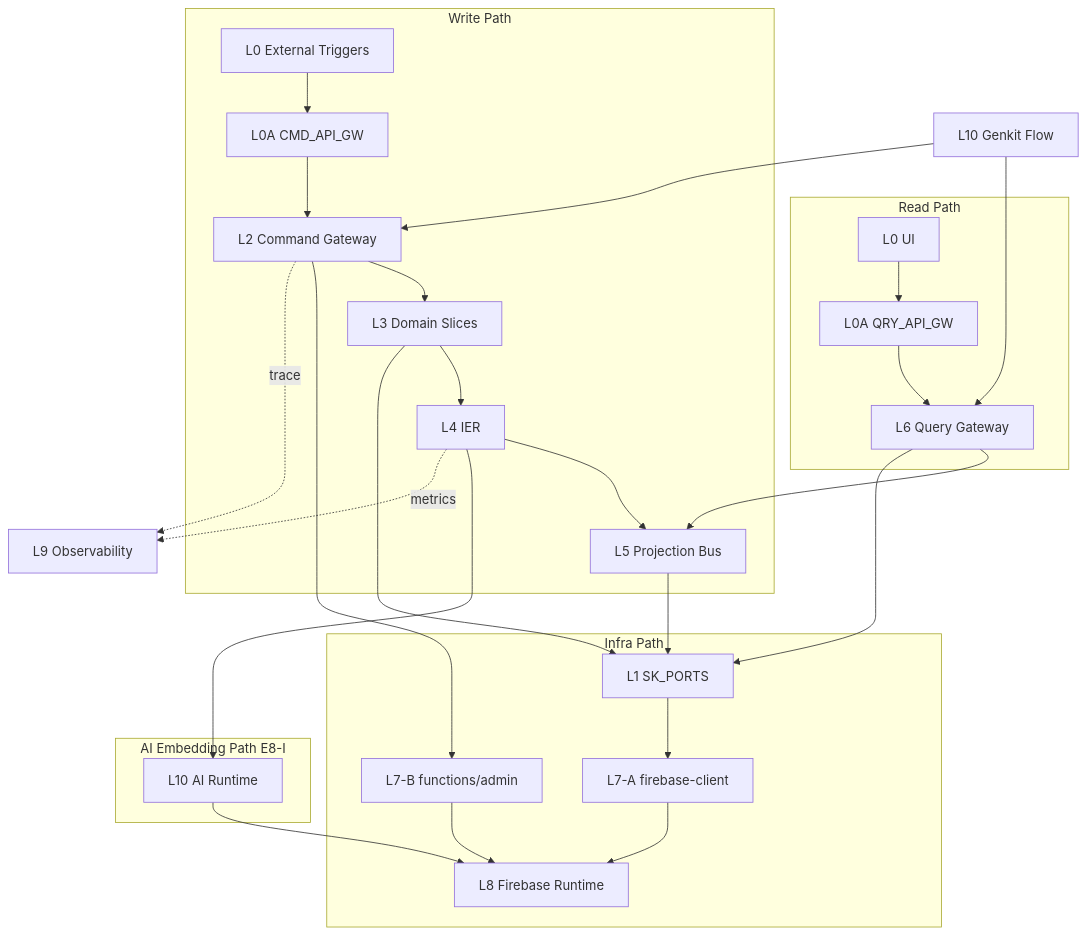
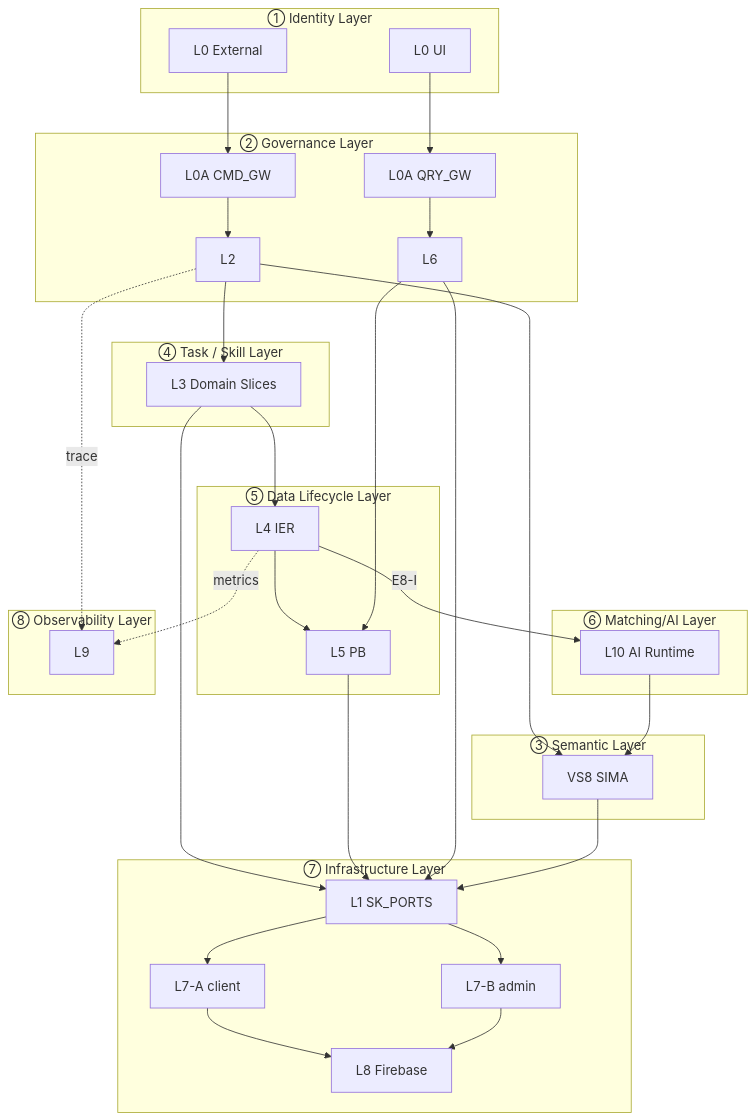
The third of 3 diagrams in docs/architecture/01-logical-flow.md (7Spade/Xuanwu), drawn with Mermaid before and after one commit. The commit also changed other lines of this file and 3 other files, not shown here.

Commit message:
docs(arch): realign 00-03 Mermaid diagrams with VS8 8-layer architecture system

````diff
--- a/docs/architecture/01-logical-flow.md
+++ b/docs/architecture/01-logical-flow.md
@@ -192,36 +192,52 @@
 ```mermaid
 flowchart TD
-    subgraph WritePath[Write Path]
-        EXT[L0 External Triggers] --> CMD[L0A CMD_API_GW]
-        CMD --> CBG[L2 Command Gateway]
-        CBG --> DOM[L3 Domain Slices]
-        DOM --> IER[L4 IER]
-        IER --> PB[L5 Projection Bus]
+    subgraph IDL["① Identity Layer"]
+        EXT[L0 External]
+        UI[L0 UI]
     end
 
-    subgraph ReadPath[Read Path]
-        UI[L0 UI] --> QRY[L0A QRY_API_GW]
-        QRY --> QG[L6 Query Gateway]
-        QG --> PB
+    subgraph GOV["② Governance Layer"]
+        CMD[L0A CMD_GW]
+        QRY[L0A QRY_GW]
+        CBG[L2]
+        QG[L6]
     end
 
-    subgraph InfraPath[Infra Path]
-        DOM --> PORTS[L1 SK_PORTS]
-        PB --> PORTS
-        QG --> PORTS
-        PORTS --> FA[L7-A firebase-client]
-        CBG --> FB[L7-B functions/admin]
-        FA --> L8[L8 Firebase Runtime]
-        FB --> L8
+    subgraph SEM["③ Semantic Layer"]
+        VS8[VS8 SIMA]
     end
 
-    subgraph AIPath[AI Embedding Path E8-I]
-        IER --> AI[L10 AI Runtime]
-        AI --> L8
+    subgraph TSL["④ Task / Skill Layer"]
+        DOM[L3 Domain Slices]
     end
 
-    L10x[L10 Genkit Flow] --> CBG
-    L10x --> QG
-    IER -. metrics .-> L9[L9 Observability]
+    subgraph DL["⑤ Data Lifecycle Layer"]
+        IER[L4 IER]
+        PB[L5 PB]
+    end
+
+    subgraph MAI["⑥ Matching/AI Layer"]
+        AI[L10 AI Runtime]
+    end
+
+    subgraph INF["⑦ Infrastructure Layer"]
+        PORTS[L1 SK_PORTS]
+        FA[L7-A client]
+        FB[L7-B admin]
+        L8[L8 Firebase]
+    end
+
+    subgraph OBS["⑧ Observability Layer"]
+        L9[L9]
+    end
+
+    EXT --> CMD --> CBG --> DOM --> IER --> PB
+    UI --> QRY --> QG --> PB
+    CBG --> VS8
+    DOM & PB & QG & VS8 --> PORTS
+    PORTS --> FA & FB
+    FA & FB --> L8
+    IER -->|E8-I| AI --> VS8
+    IER -. metrics .-> L9
     CBG -. trace .-> L9
 ```
````
